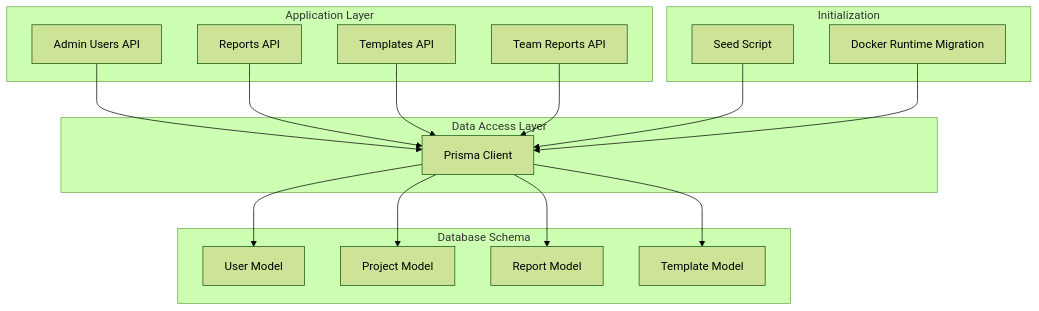
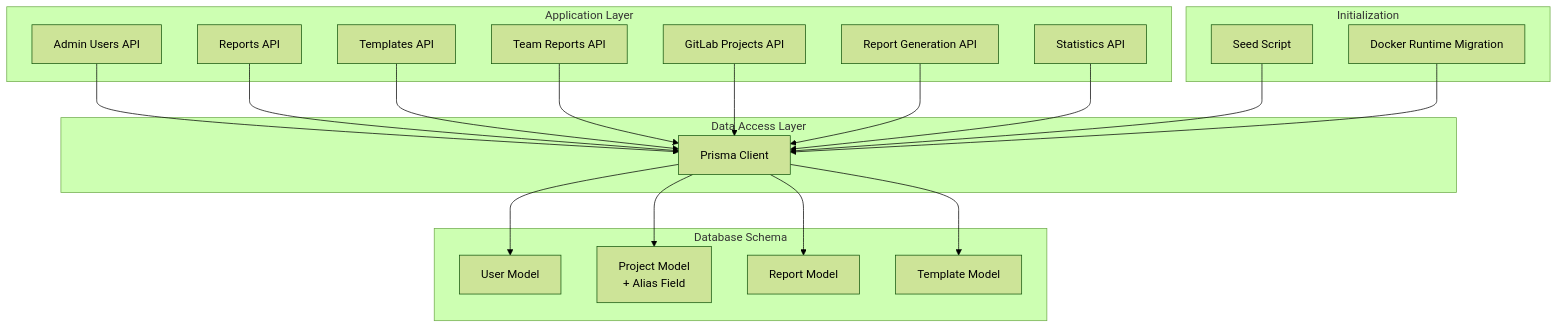
The first of 10 diagrams in .qoder/repowiki/en/content/Database Design/Database Design.md (jrj444/git-daily), drawn with Mermaid (forest theme) before and after one commit. The commit also changed other lines of this file and 26 other files, not shown here.

````diff
--- a/.qoder/repowiki/en/content/Database Design/Database Design.md
+++ b/.qoder/repowiki/en/content/Database Design/Database Design.md
@@ -35,32 +46,38 @@
 ```mermaid
 graph TB
 subgraph "Application Layer"
 API_Admin_Users["Admin Users API"]
 API_Reports["Reports API"]
 API_Templates["Templates API"]
 API_Team_Reports["Team Reports API"]
+API_GitLab_Projects["GitLab Projects API"]
+API_Report_Generation["Report Generation API"]
+API_Stats_Commits["Statistics API"]
 end
 subgraph "Data Access Layer"
 PrismaClient["Prisma Client"]
 end
 subgraph "Database Schema"
 User["User Model"]
-Project["Project Model"]
+Project["Project Model<br/>+ Alias Field"]
 Report["Report Model"]
 Template["Template Model"]
 end
 subgraph "Initialization"
 Seed["Seed Script"]
 Docker["Docker Runtime Migration"]
 end
 API_Admin_Users --> PrismaClient
 API_Reports --> PrismaClient
 API_Templates --> PrismaClient
 API_Team_Reports --> PrismaClient
+API_GitLab_Projects --> PrismaClient
+API_Report_Generation --> PrismaClient
+API_Stats_Commits --> PrismaClient
 PrismaClient --> User
 PrismaClient --> Project
 PrismaClient --> Report
 PrismaClient --> Template
 Seed --> PrismaClient
 Docker --> PrismaClient
 ```
````
